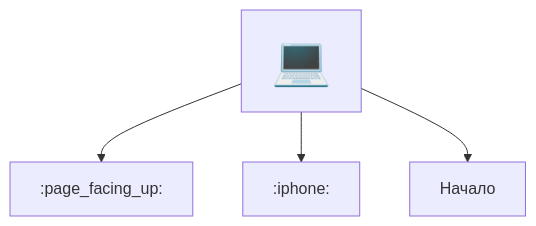
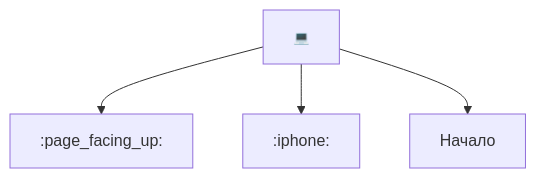
The first of 16 diagrams in Docs/Scenario-Multisig.md (BlockchainCommons/SmartCustody), drawn with Mermaid before and after one commit.

````diff
--- a/Docs/Scenario-Multisig.md
+++ b/Docs/Scenario-Multisig.md
@@ -18,10 +18,10 @@
 ```mermaid
     graph TD;
-    A["<font size="200%">💻</font>"]
+    A["<font size="2em">💻</font>"]
     B[:page_facing_up:]
     C[:iphone:]
     D[Начало]
     A-->B;
     A-->C;
     A-->D;
 ```
````
